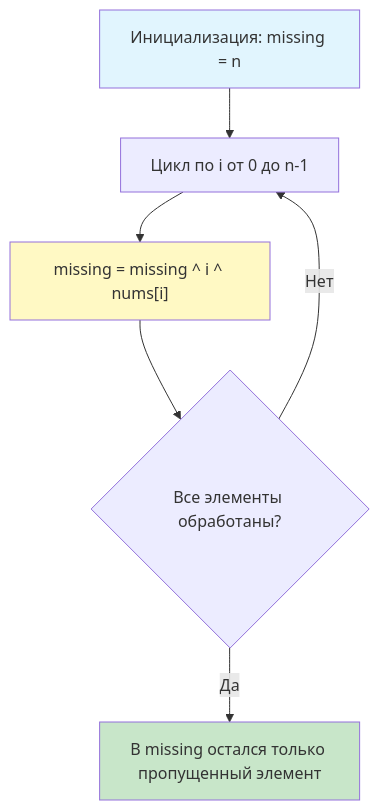
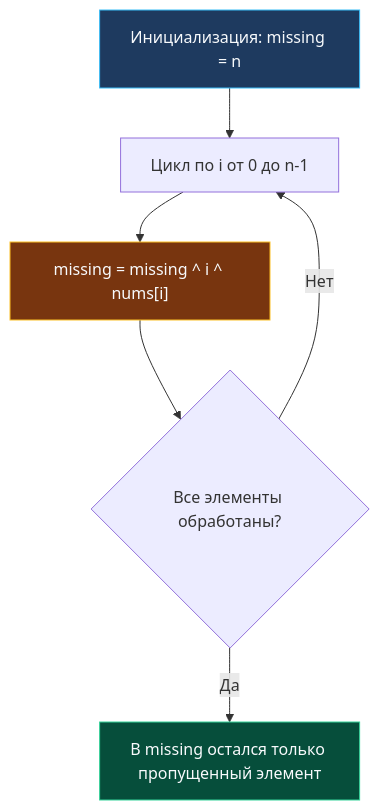
The diagram in sources/21. Задачи с LeetCode и собеседований на Go/02. Задачи/22. Битовые операции/7. Missing Number.md (UnrealTemplier/go-textbook), drawn with Mermaid before and after one commit. The commit also changed 310 other files, not shown here.

First line of the commit message:
fix(mermaid): replace light fill colors with dark palette for readability on dark theme

````diff
--- a/sources/21. Задачи с LeetCode и собеседований на Go/02. Задачи/22. Битовые операции/7. Missing Number.md
+++ b/sources/21. Задачи с LeetCode и собеседований на Go/02. Задачи/22. Битовые операции/7. Missing Number.md
@@ -58,12 +58,12 @@
 ```mermaid
 flowchart TD
     Start["Инициализация: missing = n"] --> Loop["Цикл по i от 0 до n-1"]
     Loop --> XOR["missing = missing ^ i ^ nums[i]"]
     XOR --> Check{"Все элементы обработаны?"}
     Check -- "Нет" --> Loop
     Check -- "Да" --> Result["В missing остался только пропущенный элемент"]
     
-    style Start fill:#e1f5fe
-    style Result fill:#c8e6c9
-    style XOR fill:#fff9c4
+    style Start fill:#1e3a5f,stroke:#38bdf8,color:#f8fafc
+    style Result fill:#064e3b,stroke:#34d399,color:#f8fafc
+    style XOR fill:#78350f,stroke:#fbbf24,color:#f8fafc
 ```
````
